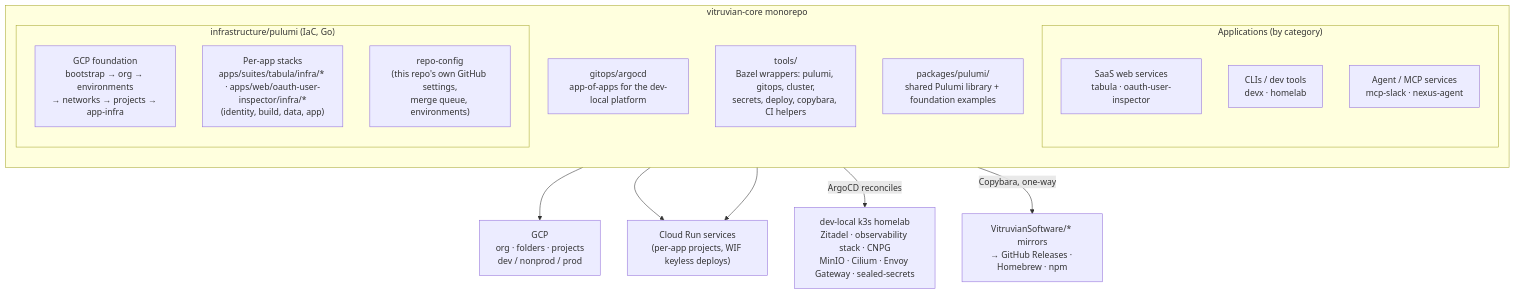
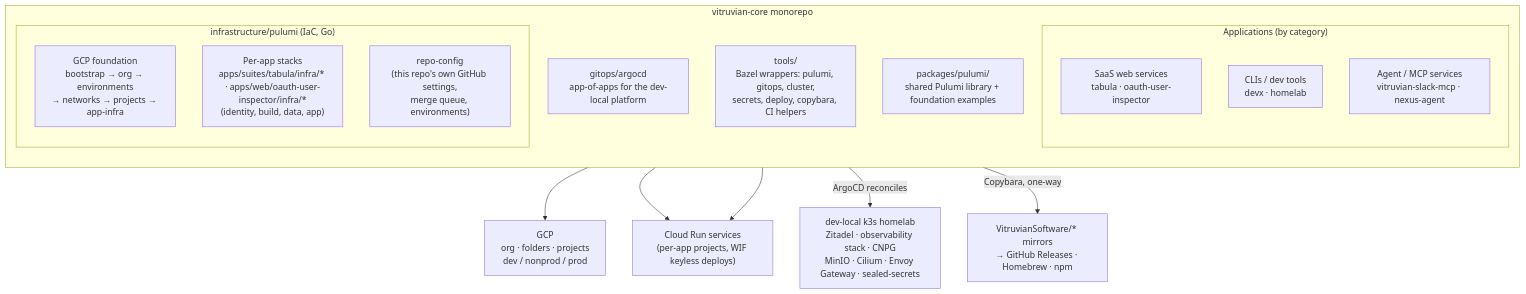
One commit to VitruvianSoftware/vitruvian-core changed the first of 3 diagrams in docs/concepts/monorepo-architecture.md. Above: the diagram before and after it, drawn with Mermaid. The commit also changed other lines of this file and 108 other files, not shown here.

Commit message:
refactor(relay): rename Relay, Slack MCP and Roborock MCP to Vitruvian names

````diff
--- a/docs/concepts/monorepo-architecture.md
+++ b/docs/concepts/monorepo-architecture.md
@@ -11,25 +11,25 @@
 ```mermaid
 flowchart TB
     subgraph mono["vitruvian-core monorepo"]
         direction TB
         subgraph appsg["Applications (by category)"]
             saas["SaaS web services<br/>tabula · oauth-user-inspector"]
             clis["CLIs / dev tools<br/>devx · homelab"]
-            agents["Agent / MCP services<br/>mcp-slack · nexus-agent"]
+            agents["Agent / MCP services<br/>vitruvian-slack-mcp · nexus-agent"]
         end
         subgraph infra["infrastructure/pulumi (IaC, Go)"]
             found["GCP foundation<br/>bootstrap → org → environments<br/>→ networks → projects → app-infra"]
             appstacks["Per-app stacks<br/>apps/suites/tabula/infra/* · apps/web/oauth-user-inspector/infra/*<br/>(identity, build, data, app)"]
             repocfg["repo-config<br/>(this repo's own GitHub settings,<br/>merge queue, environments)"]
         end
         gitopsdir["gitops/argocd<br/>app-of-apps for the dev-local platform"]
         toolsdir["tools/<br/>Bazel wrappers: pulumi, gitops, cluster,<br/>secrets, deploy, copybara, CI helpers"]
         pulib["packages/pulumi/<br/>shared Pulumi library + foundation examples"]
     end
 
     found --> gcp["GCP<br/>org · folders · projects<br/>dev / nonprod / prod"]
     appstacks --> run["Cloud Run services<br/>(per-app projects, WIF keyless deploys)"]
     gitopsdir -->|ArgoCD reconciles| lab["dev-local k3s homelab<br/>Zitadel · observability stack · CNPG<br/>MinIO · Cilium · Envoy Gateway · sealed-secrets"]
     saas --> run
     mono -->|Copybara, one-way| mirrors["VitruvianSoftware/* mirrors<br/>→ GitHub Releases · Homebrew · npm"]
 ```
````
